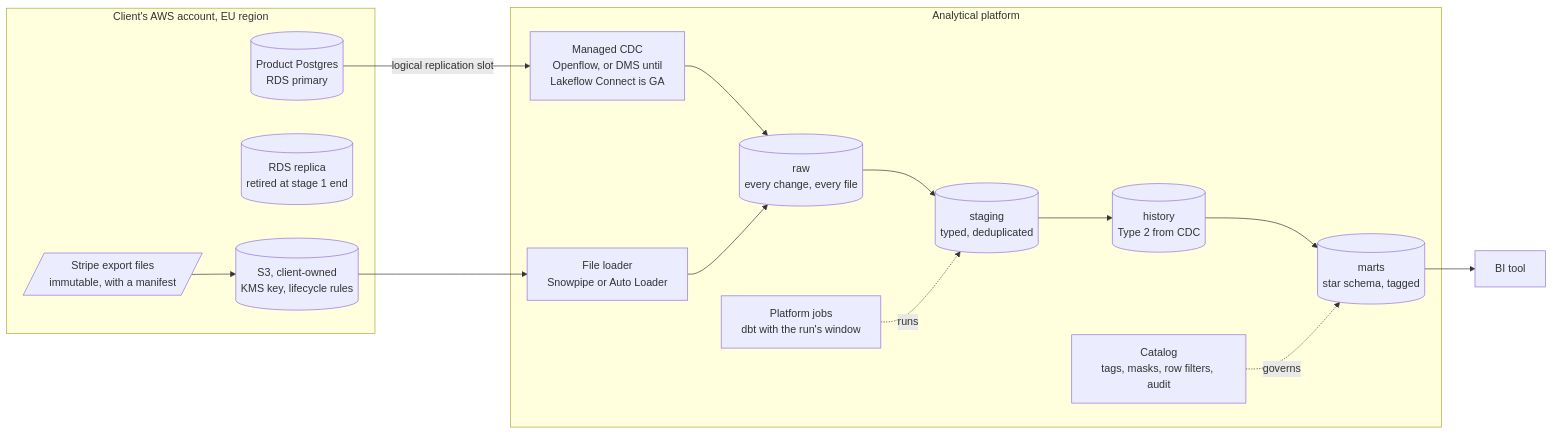
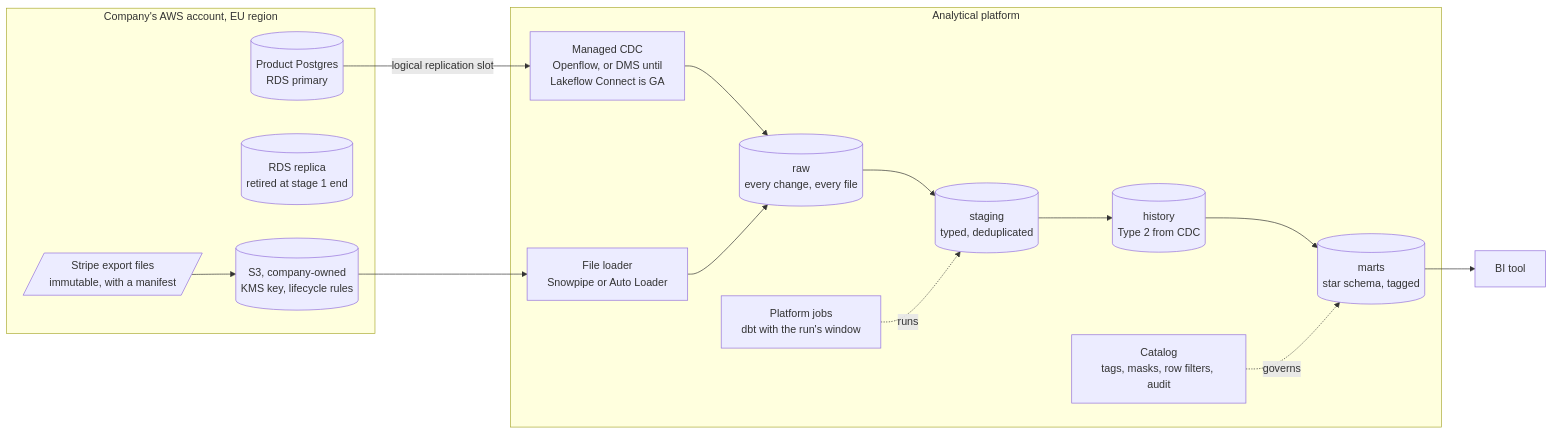
One commit to technobasant/data-platform-architecture changed the second of 3 diagrams in docs/05-target-architecture.md. Above: the diagram before and after it, drawn with Mermaid. The commit also changed other lines of this file and 35 other files, not shown here.

First line of the commit message:
Wording: reference architecture for a common industry scenario, not a fictional engagement

````diff
--- a/docs/05-target-architecture.md
+++ b/docs/05-target-architecture.md
@@ -44,26 +44,26 @@
 ```mermaid
 flowchart LR
-  subgraph aws[Client's AWS account, EU region]
+  subgraph aws[Company's AWS account, EU region]
     rds[(Product Postgres<br/>RDS primary)]
     replica[(RDS replica<br/>retired at stage 1 end)]
-    s3[(S3, client-owned<br/>KMS key, lifecycle rules)]
+    s3[(S3, company-owned<br/>KMS key, lifecycle rules)]
     stripe_files[/Stripe export files<br/>immutable, with a manifest/]
   end
   subgraph platform[Analytical platform]
     cdc[Managed CDC<br/>Openflow, or DMS until<br/>Lakeflow Connect is GA]
     loader[File loader<br/>Snowpipe or Auto Loader]
     raw[(raw<br/>every change, every file)]
     stg[(staging<br/>typed, deduplicated)]
     hist[(history<br/>Type 2 from CDC)]
     marts[(marts<br/>star schema, tagged)]
     jobs[Platform jobs<br/>dbt with the run's window]
     gov[Catalog<br/>tags, masks, row filters, audit]
   end
   bi[BI tool]
   rds -- logical replication slot --> cdc --> raw
   stripe_files --> s3 --> loader --> raw
   raw --> stg --> hist --> marts
   jobs -. runs .-> stg
   gov -. governs .-> marts
   marts --> bi
 ```
````
